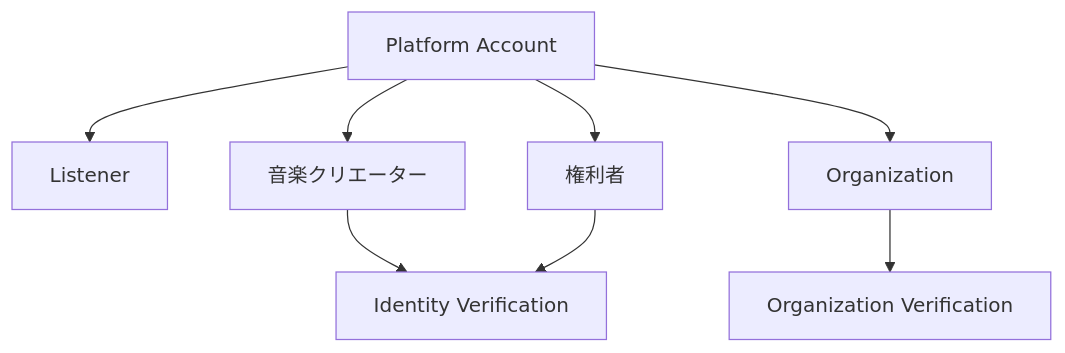
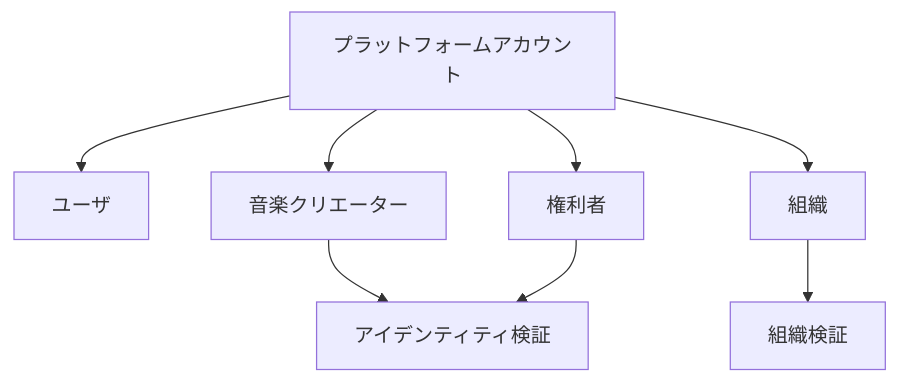
The eighth of 27 diagrams in docs/whitepaper/04-platform-architecture.md (ShigeichiroYamasaki/creator-first-platform), drawn with Mermaid before and after one commit. The commit also changed other lines of this file and 72 other files, not shown here.

````diff
--- a/docs/whitepaper/04-platform-architecture.md
+++ b/docs/whitepaper/04-platform-architecture.md
@@ -316,13 +316,13 @@
 ```mermaid
 flowchart TD
-    ACCOUNT[Platform Account]
+    ACCOUNT[プラットフォームアカウント]
 
-    ACCOUNT --> USER[Listener]
+    ACCOUNT --> USER[ユーザ]
     ACCOUNT --> CREATOR[音楽クリエーター]
     ACCOUNT --> RIGHTS[権利者]
-    ACCOUNT --> ORG[Organization]
+    ACCOUNT --> ORG[組織]
 
-    CREATOR --> KYC[Identity Verification]
+    CREATOR --> KYC[アイデンティティ検証]
     RIGHTS --> KYC
-    ORG --> KYB[Organization Verification]
+    ORG --> KYB[組織検証]
 ```
````
